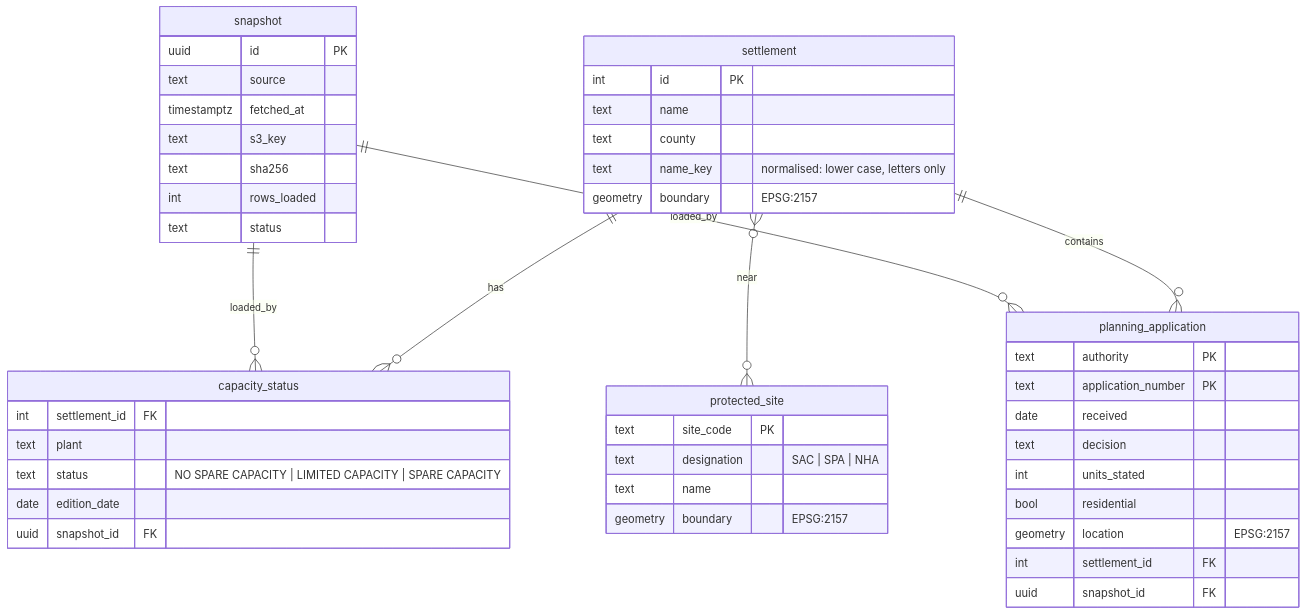
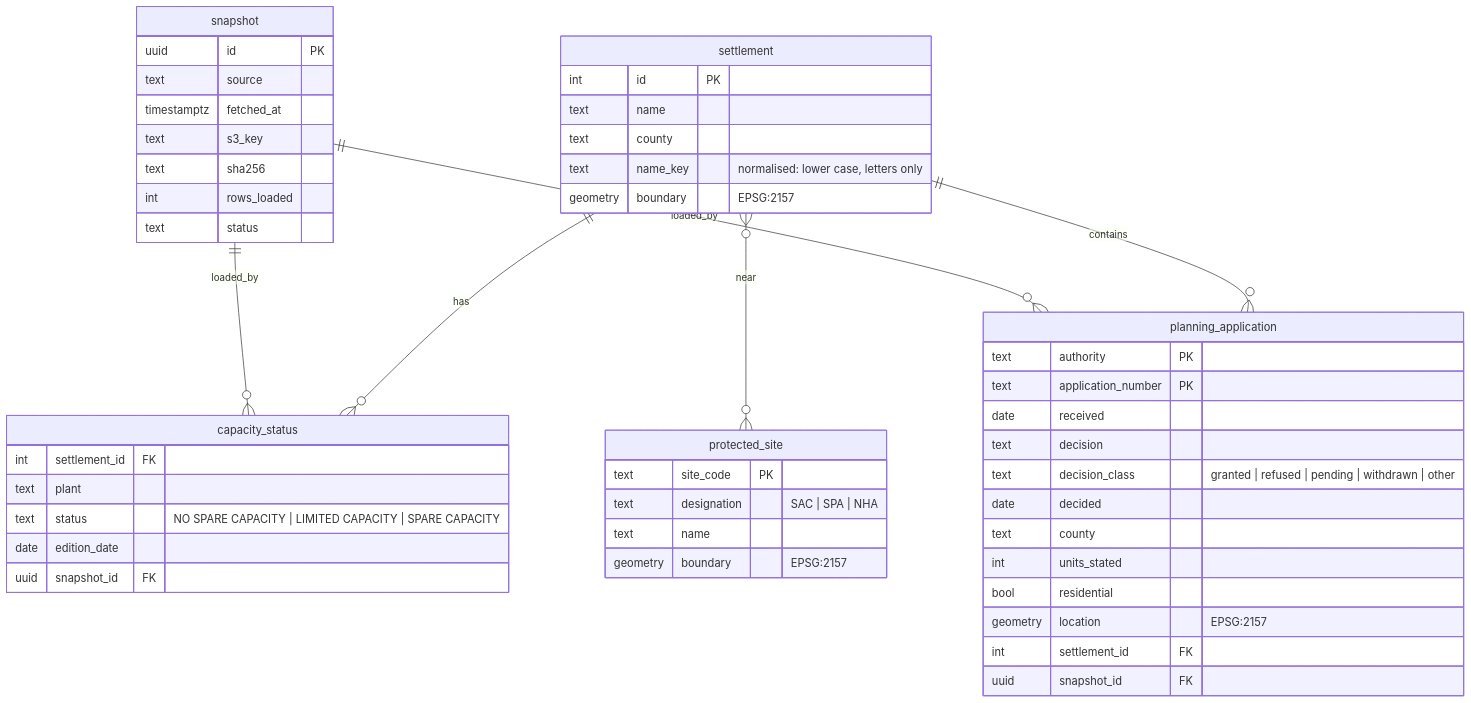
The second of 2 diagrams in docs/DESIGN.md (Neel09apr/DwellWise), drawn with Mermaid before and after one commit. The commit also changed other lines of this file and 1 other file, not shown here.

````diff
--- a/docs/DESIGN.md
+++ b/docs/DESIGN.md
@@ -100,49 +103,52 @@
 ```mermaid
 erDiagram
   settlement ||--o{ capacity_status : has
   settlement ||--o{ planning_application : contains
   settlement }o--o{ protected_site : near
   snapshot ||--o{ capacity_status : loaded_by
   snapshot ||--o{ planning_application : loaded_by
 
   settlement {
     int id PK
     text name
     text county
     text name_key "normalised: lower case, letters only"
     geometry boundary "EPSG:2157"
   }
   capacity_status {
     int settlement_id FK
     text plant
     text status "NO SPARE CAPACITY | LIMITED CAPACITY | SPARE CAPACITY"
     date edition_date
     uuid snapshot_id FK
   }
   planning_application {
     text authority PK
     text application_number PK
     date received
     text decision
+    text decision_class "granted | refused | pending | withdrawn | other"
+    date decided
+    text county
     int units_stated
     bool residential
     geometry location "EPSG:2157"
     int settlement_id FK
     uuid snapshot_id FK
   }
   protected_site {
     text site_code PK
     text designation "SAC | SPA | NHA"
     text name
     geometry boundary "EPSG:2157"
   }
   snapshot {
     uuid id PK
     text source
     timestamptz fetched_at
     text s3_key
     text sha256
     int rows_loaded
     text status
   }
 ```
````
